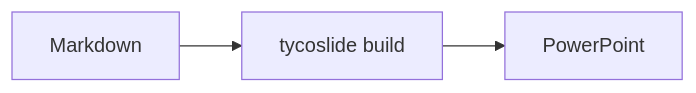
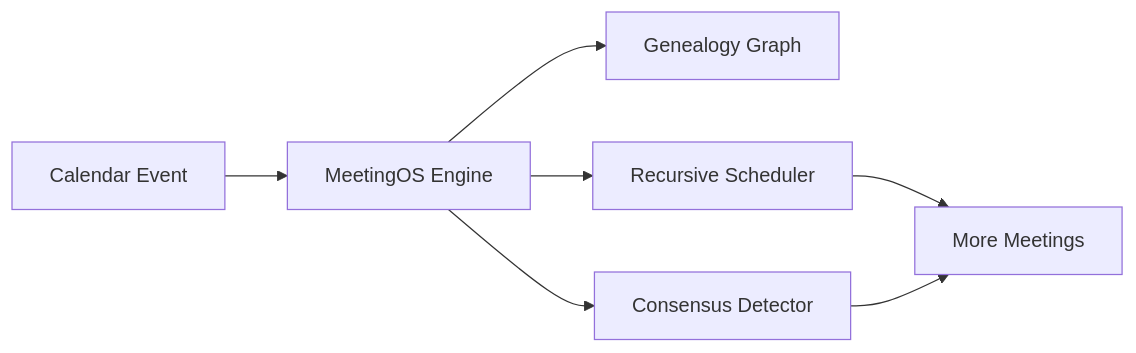
Before and after one commit to tycoworks/tycoslide: the diagram in packages/theme-default/examples/showcase.md, drawn with Mermaid. The commit also changed other lines of this file and 22 other files, not shown here.

```diff
--- a/packages/theme-default/examples/showcase.md
+++ b/packages/theme-default/examples/showcase.md
@@ -305,5 +173,9 @@
 :::mermaid
 flowchart LR
-    A[Markdown] --> B[tycoslide build]
-    B --> C[PowerPoint]
+    A[Calendar Event] --> B[MeetingOS Engine]
+    B --> C[Genealogy Graph]
+    B --> D[Recursive Scheduler]
+    B --> E[Consensus Detector]
+    D --> F[More Meetings]
+    E --> F
 :::
```
